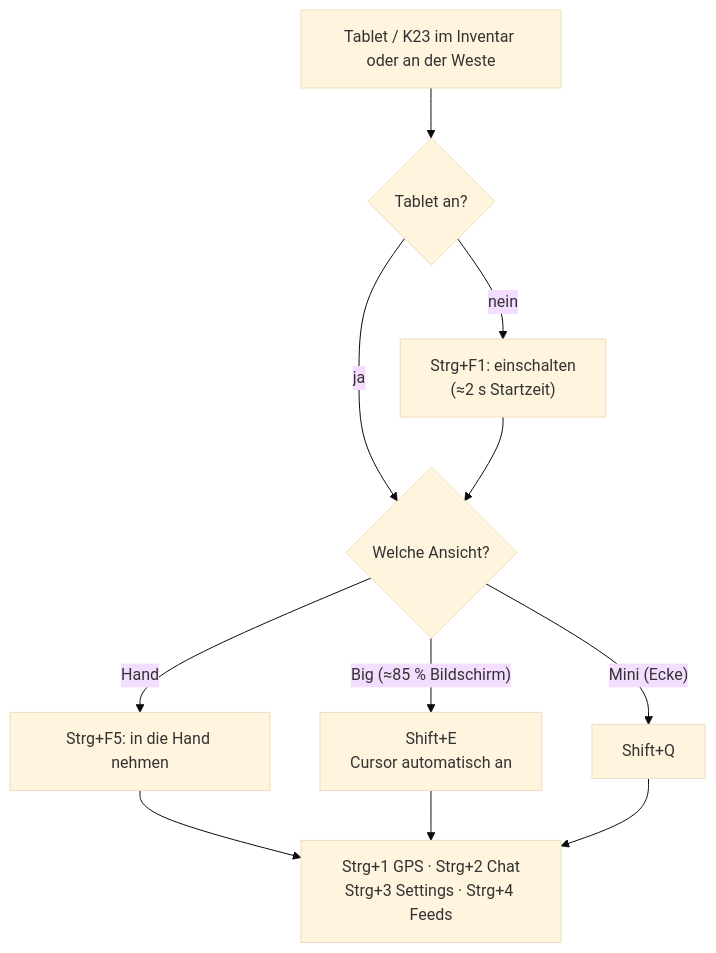
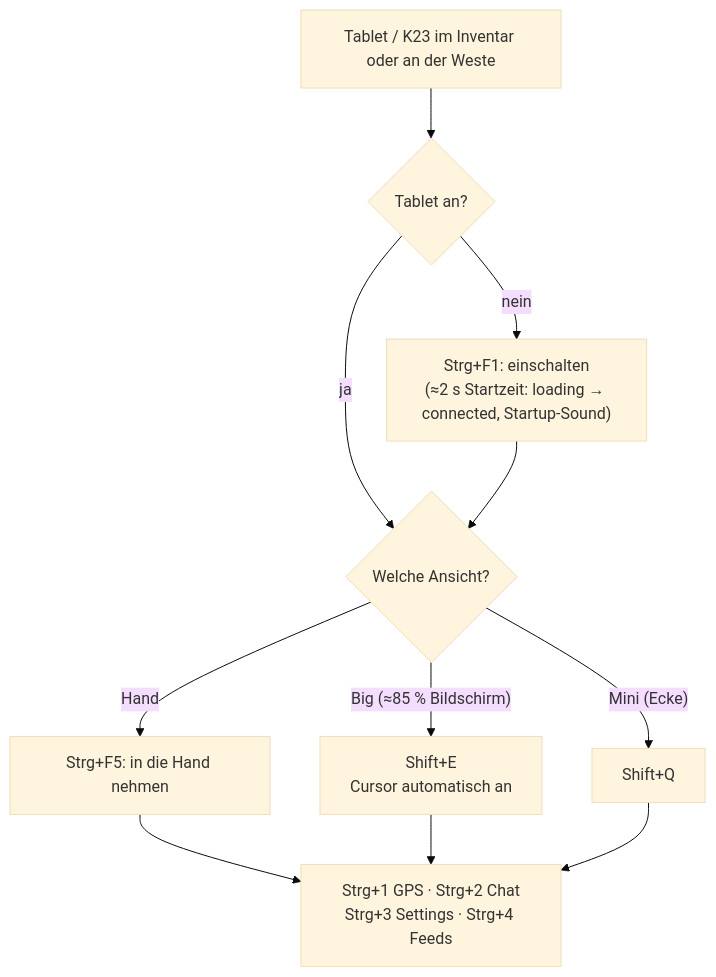
The seventh of 12 diagrams in SkyMap-X-Workflows.md (GerSkyking/SkyKing-Mod-Docs), drawn with Mermaid (base theme) before and after one commit. The commit also changed other lines of this file and 2 other files, not shown here.

Commit message:
Wiki: link SMX sub-pages from Home/SkyMap-X, update workflow diagrams (ARC-40 timing, boot, map provider, chat)

````diff
--- a/SkyMap-X-Workflows.md
+++ b/SkyMap-X-Workflows.md
@@ -117,13 +119,13 @@
 ```mermaid
 flowchart TD
     A["Tablet / K23 im Inventar oder an der Weste"] --> B{"Tablet an?"}
-    B -- "nein" --> C["Strg+F1: einschalten<br/>(≈2 s Startzeit)"]
+    B -- "nein" --> C["Strg+F1: einschalten<br/>(≈2 s Startzeit: loading → connected, Startup-Sound)"]
     B -- "ja" --> D
     C --> D{"Welche Ansicht?"}
     D -- "Hand" --> E["Strg+F5: in die Hand nehmen"]
     D -- "Big (≈85 % Bildschirm)" --> F["Shift+E<br/>Cursor automatisch an"]
     D -- "Mini (Ecke)" --> G["Shift+Q"]
     E --> H["Strg+1 GPS · Strg+2 Chat<br/>Strg+3 Settings · Strg+4 Feeds"]
     F --> H
     G --> H
 ```
````
